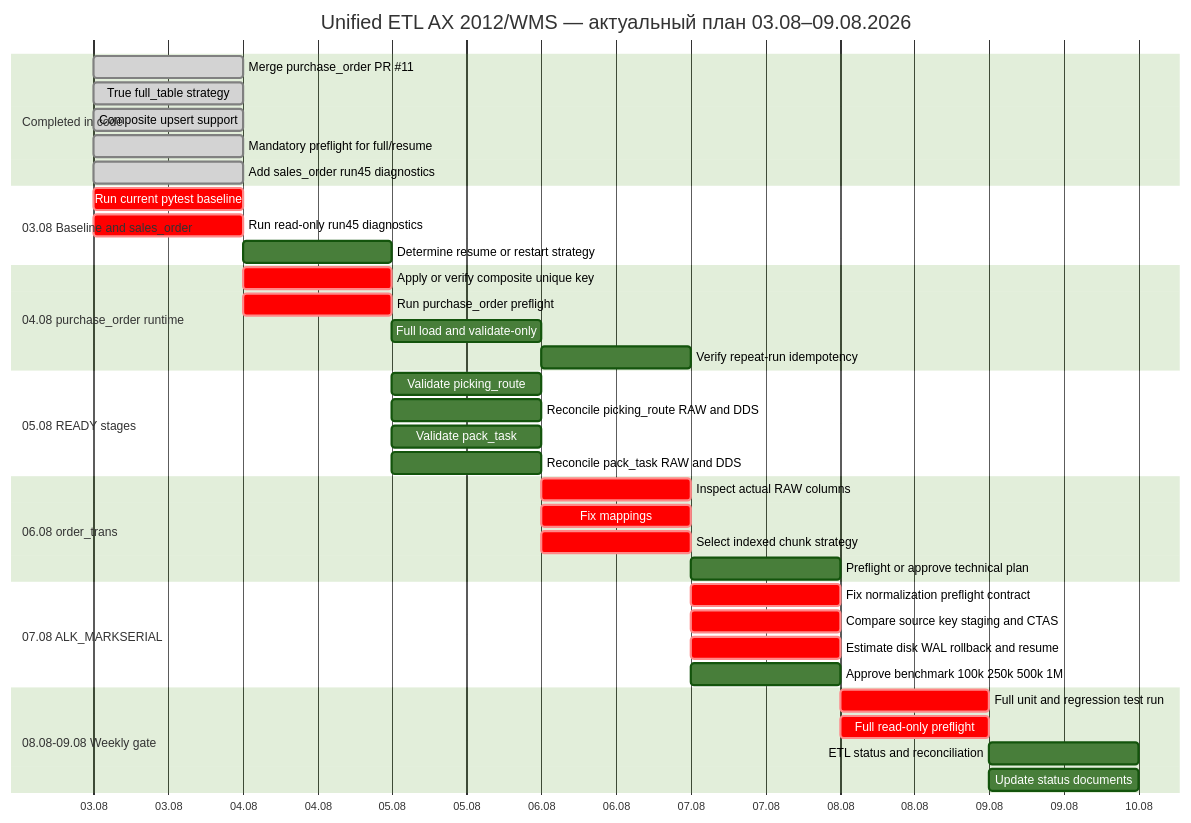
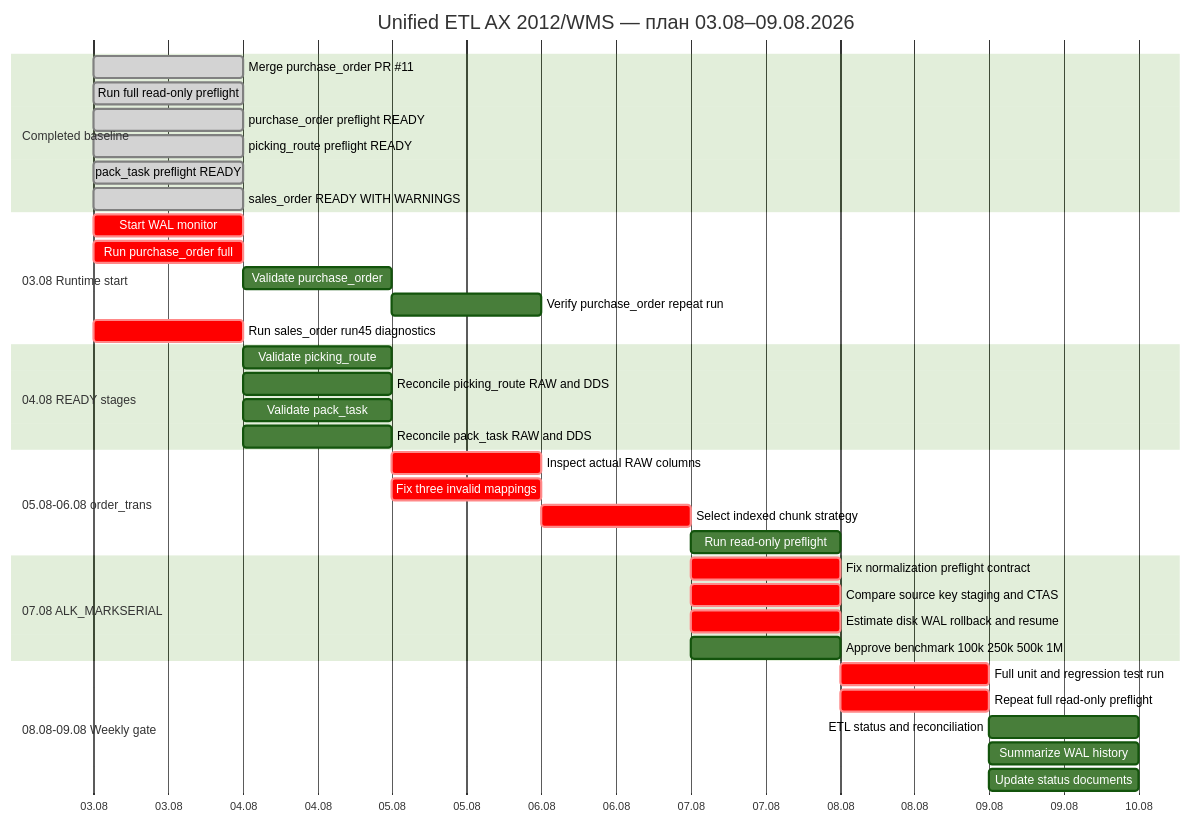
One commit to eignat88/jira_focus_exporter changed the diagram in bz/Anomaly Detection_V2/gantt.md. Above: the diagram before and after it, drawn with Mermaid (forest theme). The commit also changed other lines of this file, not shown here.

Commit message:
docs: синхронизировать gantt с preflight baseline

````diff
--- a/bz/Anomaly Detection_V2/gantt.md
+++ b/bz/Anomaly Detection_V2/gantt.md
@@ -5,48 +5,46 @@
 ```mermaid
 gantt
-    title Unified ETL AX 2012/WMS — актуальный план 03.08–09.08.2026
+    title Unified ETL AX 2012/WMS — план 03.08–09.08.2026
     dateFormat YYYY-MM-DD
     axisFormat %d.%m
 
-    section Completed in code
+    section Completed baseline
     Merge purchase_order PR #11              :done, po_pr, 2026-08-03, 1d
-    True full_table strategy                  :done, full_table, 2026-08-03, 1d
-    Composite upsert support                  :done, composite, 2026-08-03, 1d
-    Mandatory preflight for full/resume       :done, mandatory_pre, 2026-08-03, 1d
-    Add sales_order run45 diagnostics         :done, so_diag_code, 2026-08-03, 1d
+    Run full read-only preflight              :done, full_pre, 2026-08-03, 1d
+    purchase_order preflight READY            :done, po_ready, 2026-08-03, 1d
+    picking_route preflight READY             :done, pick_ready, 2026-08-03, 1d
+    pack_task preflight READY                 :done, pack_ready, 2026-08-03, 1d
+    sales_order READY WITH WARNINGS           :done, sales_ready, 2026-08-03, 1d
 
-    section 03.08 Baseline and sales_order
-    Run current pytest baseline               :crit, tests_now, 2026-08-03, 1d
-    Run read-only run45 diagnostics           :crit, so_diag, 2026-08-03, 1d
-    Determine resume or restart strategy      :so_decision, after so_diag, 1d
+    section 03.08 Runtime start
+    Start WAL monitor                         :crit, wal_start, 2026-08-03, 1d
+    Run purchase_order full                   :crit, po_full, 2026-08-03, 1d
+    Validate purchase_order                   :po_validate, after po_full, 1d
+    Verify purchase_order repeat run          :po_repeat, after po_validate, 1d
+    Run sales_order run45 diagnostics         :crit, sales_diag, 2026-08-03, 1d
 
-    section 04.08 purchase_order runtime
-    Apply or verify composite unique key      :crit, po_key, 2026-08-04, 1d
-    Run purchase_order preflight              :crit, po_pre, 2026-08-04, 1d
-    Full load and validate-only               :po_load, after po_pre, 1d
-    Verify repeat-run idempotency              :po_repeat, after po_load, 1d
+    section 04.08 READY stages
+    Validate picking_route                    :pick_val, 2026-08-04, 1d
+    Reconcile picking_route RAW and DDS        :pick_rec, 2026-08-04, 1d
+    Validate pack_task                        :pack_val, 2026-08-04, 1d
+    Reconcile pack_task RAW and DDS            :pack_rec, 2026-08-04, 1d
 
-    section 05.08 READY stages
-    Validate picking_route                    :pick_val, 2026-08-05, 1d
-    Reconcile picking_route RAW and DDS        :pick_rec, 2026-08-05, 1d
-    Validate pack_task                        :pack_val, 2026-08-05, 1d
-    Reconcile pack_task RAW and DDS            :pack_rec, 2026-08-05, 1d
-
-    section 06.08 order_trans
-    Inspect actual RAW columns                :crit, ot_cols, 2026-08-06, 1d
-    Fix mappings                              :crit, ot_map, 2026-08-06, 1d
+    section 05.08-06.08 order_trans
+    Inspect actual RAW columns                :crit, ot_cols, 2026-08-05, 1d
+    Fix three invalid mappings                :crit, ot_map, 2026-08-05, 1d
     Select indexed chunk strategy             :crit, ot_strategy, 2026-08-06, 1d
-    Preflight or approve technical plan       :ot_pre, after ot_strategy, 1d
+    Run read-only preflight                   :ot_pre, after ot_strategy, 1d
 
     section 07.08 ALK_MARKSERIAL
     Fix normalization preflight contract      :crit, norm_contract, 2026-08-07, 1d
     Compare source key staging and CTAS       :crit, norm_compare, 2026-08-07, 1d
     Estimate disk WAL rollback and resume     :crit, norm_risk, 2026-08-07, 1d
     Approve benchmark 100k 250k 500k 1M       :bench, 2026-08-07, 1d
 
     section 08.08-09.08 Weekly gate
     Full unit and regression test run         :crit, gate_tests, 2026-08-08, 1d
-    Full read-only preflight                  :crit, gate_pre, 2026-08-08, 1d
+    Repeat full read-only preflight           :crit, gate_pre, 2026-08-08, 1d
     ETL status and reconciliation             :gate_status, 2026-08-09, 1d
+    Summarize WAL history                     :gate_wal, 2026-08-09, 1d
     Update status documents                   :gate_docs, 2026-08-09, 1d
 ```
````
